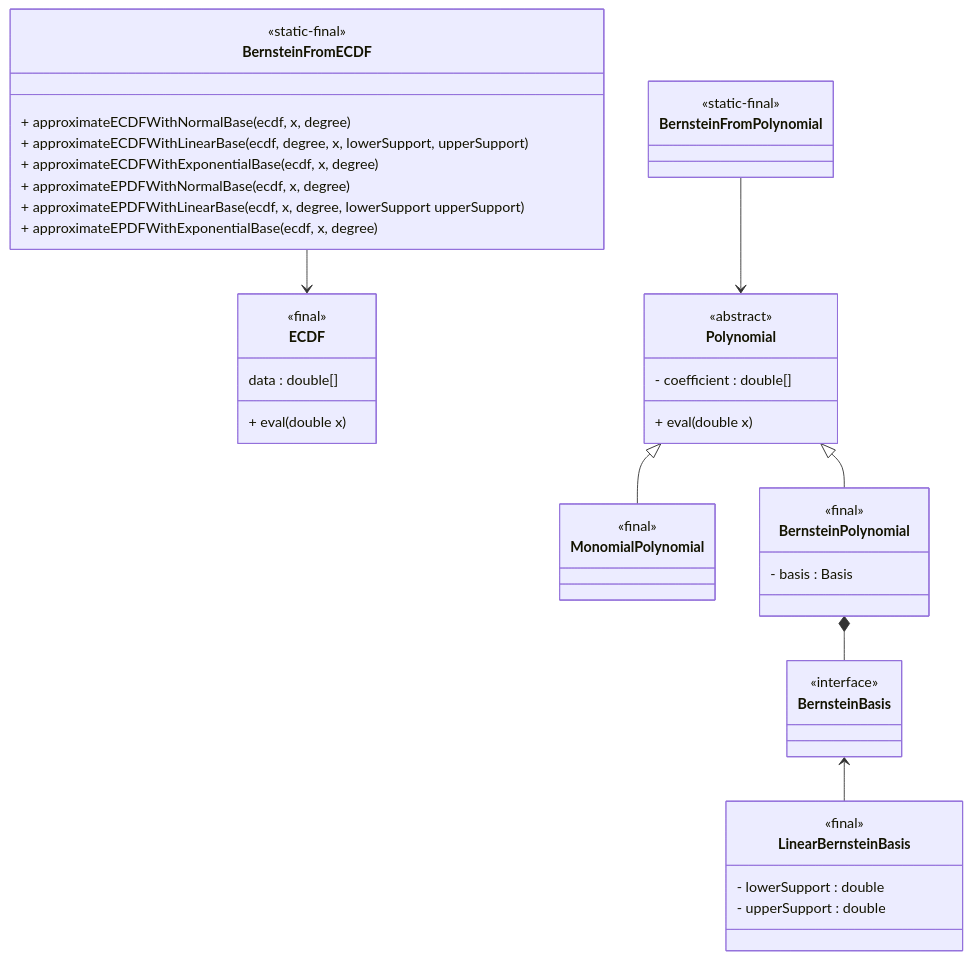
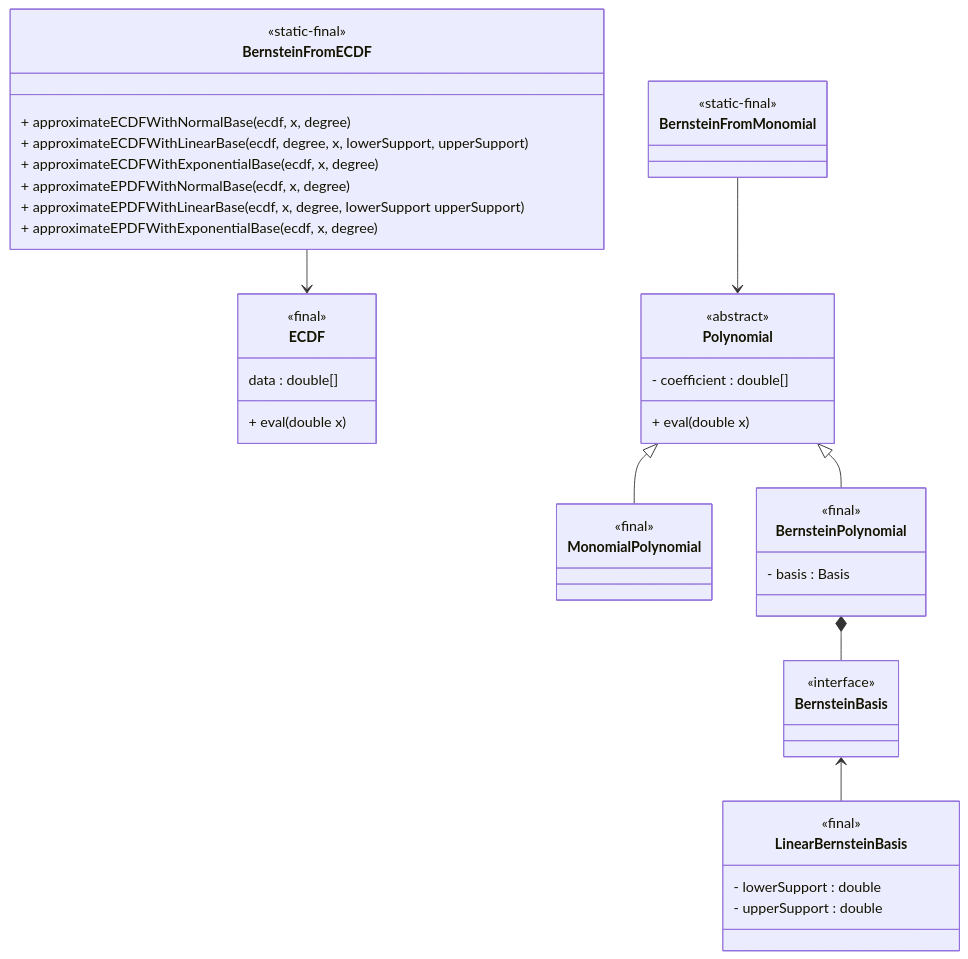
Before and after one commit to edoardosarri24/probabilistic-soft-real-time-analysis: the diagram in report/images/2-bernstein/class_diagram.mmd, drawn with Mermaid. The commit also changed 7 other files, not shown here.

Commit message:
BernsteinFromMonomial approximation

```diff
--- a/report/images/2-bernstein/class_diagram.mmd
+++ b/report/images/2-bernstein/class_diagram.mmd
@@ -1,56 +1,56 @@
 classDiagram
 
     %% BernsteinFromECDF
     class BernsteinFromECDF {
         <<static-final>>
         + approximateECDFWithNormalBase(ecdf, x, degree)
         + approximateECDFWithLinearBase(ecdf, degree, x, lowerSupport, upperSupport)
         + approximateECDFWithExponentialBase(ecdf, x, degree)
         + approximateEPDFWithNormalBase(ecdf, x, degree)
         + approximateEPDFWithLinearBase(ecdf, x, degree, lowerSupport upperSupport)
         + approximateEPDFWithExponentialBase(ecdf, x, degree)
     }
 
     class ECDF {
         <<final>>
         data : double[]
         + eval(double x)
     }
 
     BernsteinFromECDF --> ECDF
 
-    %% BernsteinFromPolynomial
-    class BernsteinFromPolynomial {
+    %% BernsteinFromMonomial
+    class BernsteinFromMonomial {
         <<static-final>>
     }
 
     class Polynomial {
         <<abstract>>
         - coefficient : double[]
         + eval(double x)
     }
 
     class MonomialPolynomial {
         <<final>>
     }
 
     class BernsteinPolynomial {
         <<final>>
         - basis : Basis
     }
 
     class BernsteinBasis {
         <<interface>>
     }
 
     class LinearBernsteinBasis {
         <<final>>
         - lowerSupport : double
         - upperSupport : double
     }
 
-    BernsteinFromPolynomial --> Polynomial
+    BernsteinFromMonomial --> Polynomial
     Polynomial <|-- MonomialPolynomial
     Polynomial <|-- BernsteinPolynomial
     BernsteinPolynomial *-- BernsteinBasis
     BernsteinBasis <-- LinearBernsteinBasis
```
